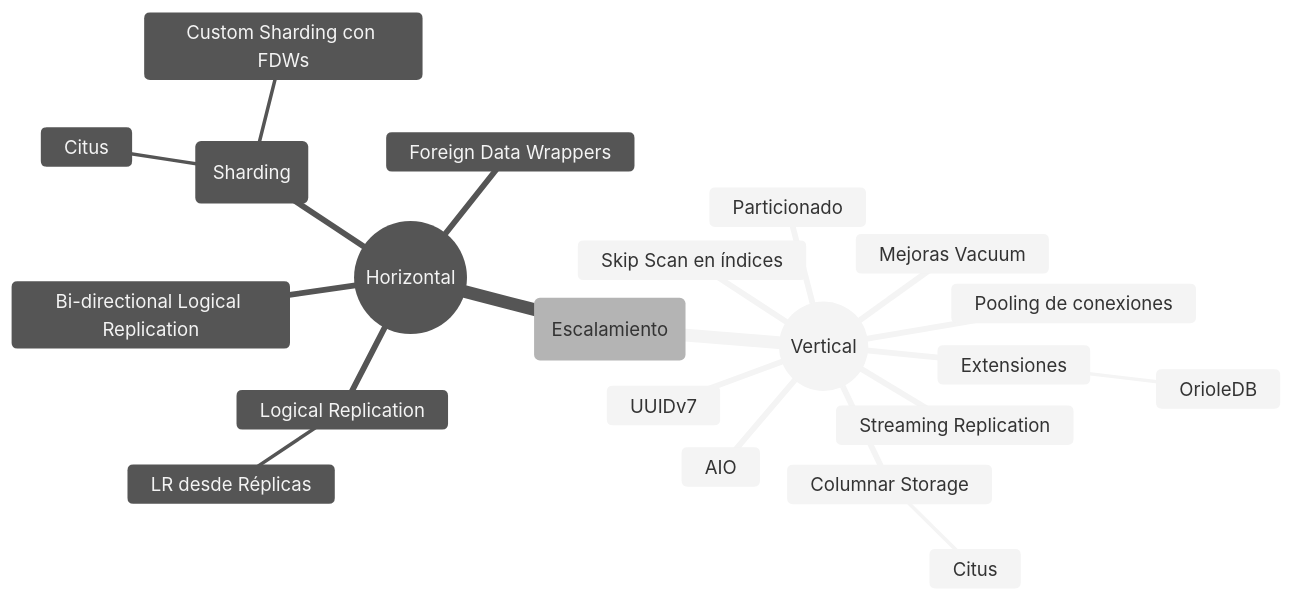
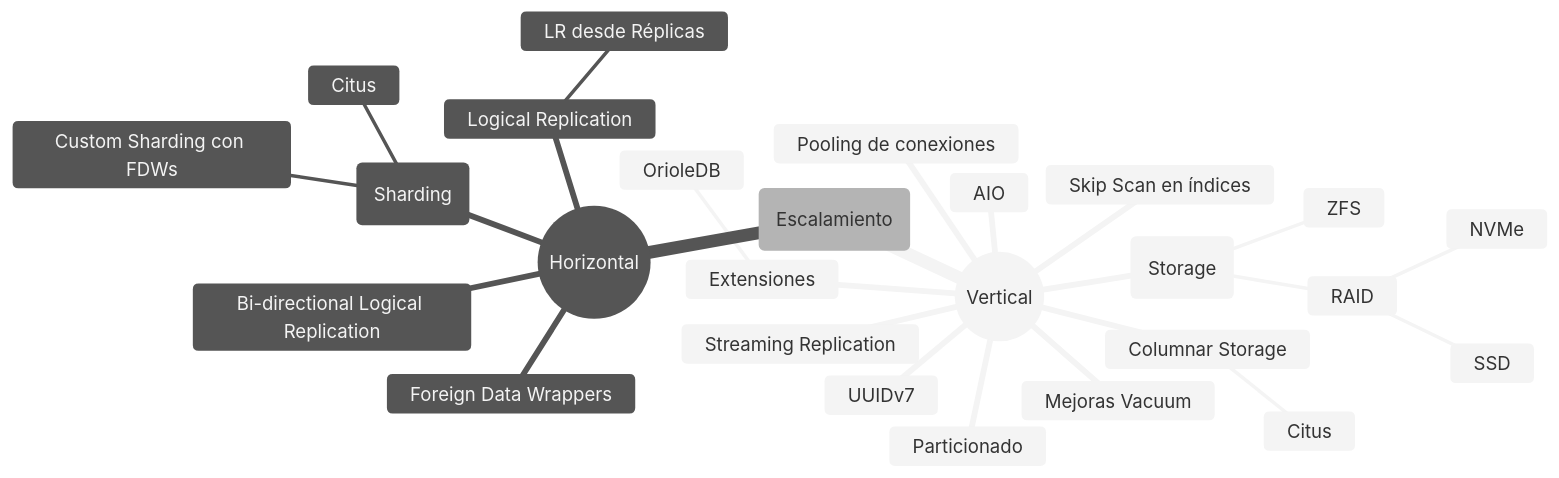
Before and after one commit to 3manuek/slides: the diagram in 2025/Nerdearla.es/charts/postgres-scaling-diagram.md, drawn with Mermaid (neutral theme). The commit also changed 6 other files, not shown here.

````diff
--- a/2025/Nerdearla.es/charts/postgres-scaling-diagram.md
+++ b/2025/Nerdearla.es/charts/postgres-scaling-diagram.md
@@ -5,24 +5,29 @@
 ```mermaid
 mindmap
   root(Escalamiento)
     Vertical((Vertical))
       AIO
       Mejoras Vacuum
       Particionado
       UUIDv7 
       Streaming Replication
       Pooling de conexiones
       Extensiones
         OrioleDB
       Skip Scan en índices
       Columnar Storage
         Citus
+      Storage(Storage)
+        RAID
+          NVMe
+          SSD
+        ZFS
     Horizontal((Horizontal))  
       Logical Replication
         LR desde Réplicas
       Bi-directional Logical Replication
       Sharding(Sharding)
         Citus
         Custom Sharding con FDWs
       Foreign Data Wrappers
 ```
````
